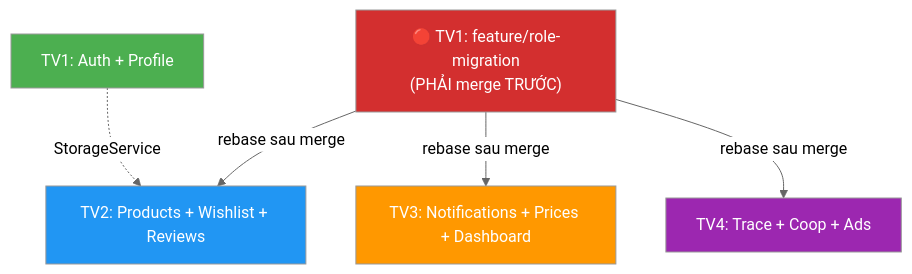
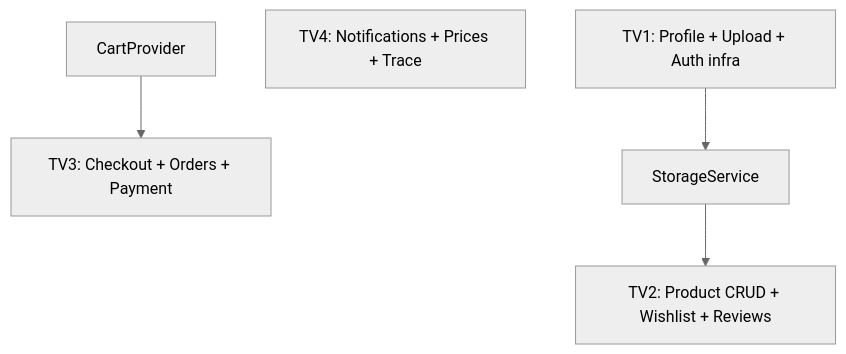
The diagram in agrilink_team_assignment.md (PRM393r/AgriLink_Mobile), drawn with Mermaid (neutral theme) before and after one commit. The commit also changed other lines of this file and 1 other file, not shown here.

````diff
--- a/agrilink_team_assignment.md
+++ b/agrilink_team_assignment.md
@@ -401,19 +234,13 @@
 ```mermaid
 graph TD
-    RM["🔴 TV1: feature/role-migration<br/>(PHẢI merge TRƯỚC)"]
-    TV1["TV1: Auth + Profile"]
-    TV2["TV2: Products + Wishlist + Reviews"]
-    TV3["TV3: Notifications + Prices + Dashboard"]
-    TV4["TV4: Trace + Coop + Ads"]
-    
-    RM -->|"rebase sau merge"| TV2
-    RM -->|"rebase sau merge"| TV3
-    RM -->|"rebase sau merge"| TV4
-    TV1 -.->|"StorageService"| TV2
-    
-    style RM fill:#D32F2F,color:#fff
-    style TV1 fill:#4CAF50,color:#fff
-    style TV2 fill:#2196F3,color:#fff
-    style TV3 fill:#FF9800,color:#fff
-    style TV4 fill:#9C27B0,color:#fff
+    TV1[TV1: Profile + Upload + Auth infra]
+    TV2[TV2: Product CRUD + Wishlist + Reviews]
+    TV3[TV3: Checkout + Orders + Payment]
+    TV4[TV4: Notifications + Prices + Trace]
+    Upload[StorageService]
+    Cart[CartProvider]
+
+    TV1 --> Upload
+    Upload --> TV2
+    Cart --> TV3
 ```
````
